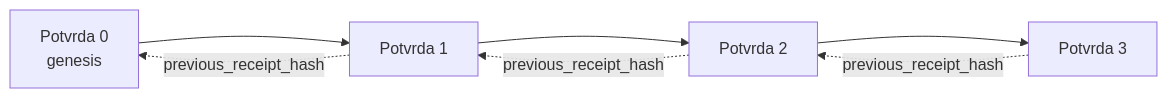
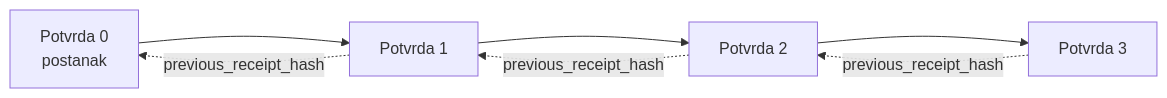
The second of 2 diagrams in mirrors/repos/microsoft@ai-agents-for-beginners/translations/hr/18-securing-ai-agents/README.md (gabrielmoreira/agent-skills-mirror), drawn with Mermaid before and after one commit. The commit also changed other lines of this file and 4482 other files, not shown here.

````diff
--- a/mirrors/repos/microsoft@ai-agents-for-beginners/translations/hr/18-securing-ai-agents/README.md
+++ b/mirrors/repos/microsoft@ai-agents-for-beginners/translations/hr/18-securing-ai-agents/README.md
@@ -206,9 +206,9 @@
 ```mermaid
 flowchart LR
-    R0[Potvrda 0<br/>genesis] --> R1[Potvrda 1]
+    R0[Potvrda 0<br/>postanak] --> R1[Potvrda 1]
     R1 --> R2[Potvrda 2]
     R2 --> R3[Potvrda 3]
     R1 -. previous_receipt_hash .-> R0
     R2 -. previous_receipt_hash .-> R1
     R3 -. previous_receipt_hash .-> R2
 ```
````
